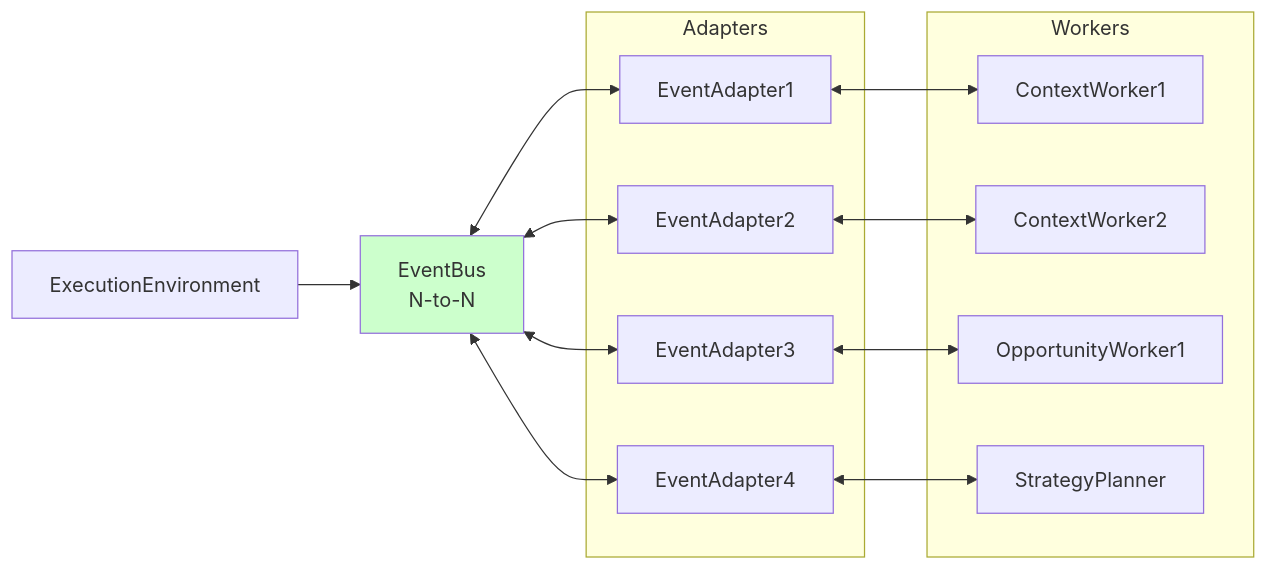
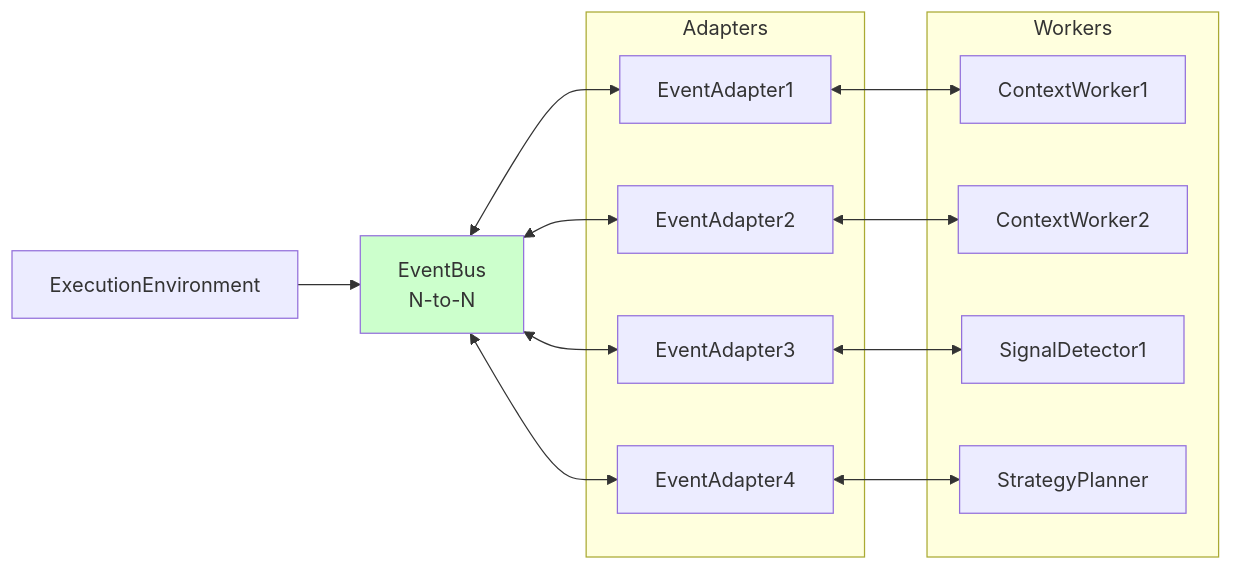
Before and after one commit to MikeyVK/S1mpleTraderV3: the fourth of 4 diagrams in docs/architecture/EVENT_DRIVEN_WIRING.md, drawn with Mermaid. The commit also changed other lines of this file and 10 other files, not shown here.

````diff
--- a/docs/architecture/EVENT_DRIVEN_WIRING.md
+++ b/docs/architecture/EVENT_DRIVEN_WIRING.md
@@ -438,31 +438,31 @@
 ```mermaid
 graph LR
     Env[ExecutionEnvironment]
     Bus[EventBus<br/>N-to-N]
     
     subgraph Workers
         CW1[ContextWorker1]
         CW2[ContextWorker2]
-        OW1[OpportunityWorker1]
+        OW1[SignalDetector1]
         SP[StrategyPlanner]
     end
     
     subgraph Adapters
         A1[EventAdapter1]
         A2[EventAdapter2]
         A3[EventAdapter3]
         A4[EventAdapter4]
     end
     
     Env --> Bus
     Bus <--> A1
     Bus <--> A2
     Bus <--> A3
     Bus <--> A4
     A1 <--> CW1
     A2 <--> CW2
     A3 <--> OW1
     A4 <--> SP
     
     style Bus fill:#ccffcc
 ```
````
